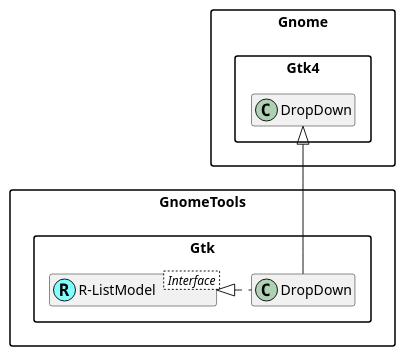
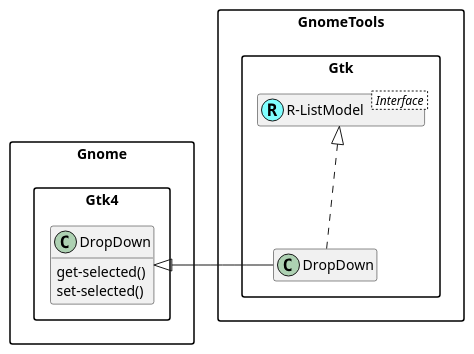
One commit to MARTIMM/GnomeTools changed the fifth of 5 diagrams in lib/GnomeTools/Gtk/plantuml/ListvView.md. Above: the diagram before and after it, drawn with PlantUML. The commit also changed other lines of this file, not shown here.

````diff
--- a/lib/GnomeTools/Gtk/plantuml/ListvView.md
+++ b/lib/GnomeTools/Gtk/plantuml/ListvView.md
@@ -73,17 +82,21 @@
 ```plantuml
 @startuml
 'scale 0.8
 
 skinparam packageStyle rectangle
 skinparam stereotypeCBackgroundColor #80ffff
 set namespaceSeparator ::
-hide members
+hide empty members
 
 Interface GnomeTools::Gtk::R-ListModel < Interface >
 class GnomeTools::Gtk::R-ListModel <<(R,#80ffff)>>
+class Gnome::Gtk4::DropDown {
+  get-selected()
+  set-selected()
+}
 
-"GnomeTools::Gtk::R-ListModel" <|. "GnomeTools::Gtk::DropDown" 
-"Gnome::Gtk4::DropDown" <|-- "GnomeTools::Gtk::DropDown"
+"GnomeTools::Gtk::R-ListModel" <|.. "GnomeTools::Gtk::DropDown" 
+"Gnome::Gtk4::DropDown" <|- "GnomeTools::Gtk::DropDown"
 
 @enduml
 ```
````
